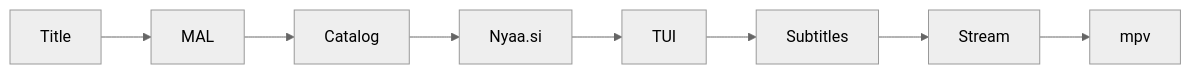
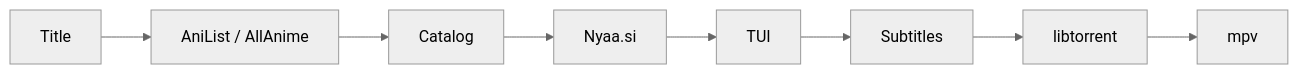
Before and after one commit to CloudDown/annie: the diagram in README.md, drawn with Mermaid (neutral theme). The commit also changed other lines of this file and 38 other files, not shown here.

````diff
--- a/README.md
+++ b/README.md
@@ -310,10 +309,10 @@
 ```mermaid
 flowchart LR
-    A[Title] --> B[MAL]
+    A[Title] --> B[AniList / AllAnime]
     B --> C[Catalog]
     C --> D[Nyaa.si]
     D --> E[TUI]
     E --> F[Subtitles]
-    F --> G[Stream]
+    F --> G[libtorrent]
     G --> H[mpv]
 ```
````
